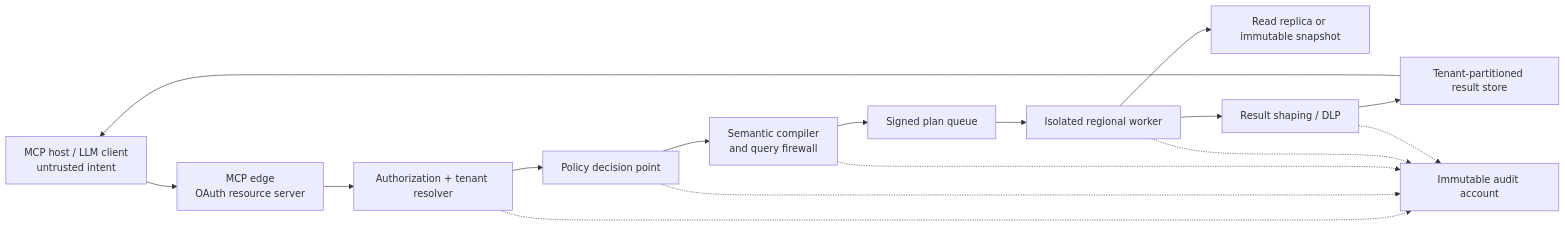
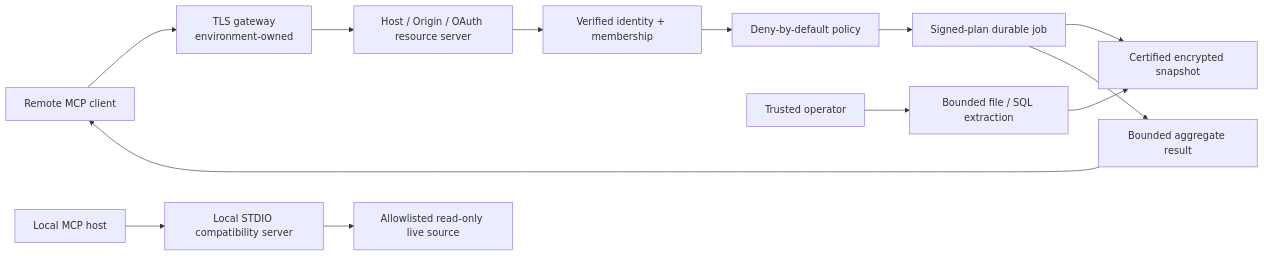
One commit to itscharles175/abl-data-risk-mcp changed the diagram in docs/SECURITY.md. Above: the diagram before and after it, drawn with Mermaid. The commit also changed other lines of this file and 92 other files, not shown here.

````diff
--- a/docs/SECURITY.md
+++ b/docs/SECURITY.md
@@ -22,18 +11,17 @@
 ```mermaid
 flowchart LR
-  C["MCP host / LLM client<br/>untrusted intent"] --> E["MCP edge<br/>OAuth resource server"]
-  E --> A["Authorization + tenant resolver"]
-  A --> P["Policy decision point"]
-  P --> Q["Semantic compiler<br/>and query firewall"]
-  Q --> W["Signed plan queue"]
-  W --> X["Isolated regional worker"]
-  X --> D["Read replica or immutable snapshot"]
-  X --> R["Result shaping / DLP"]
-  R --> S["Tenant-partitioned result store"]
-  S --> C
-  A -.-> L["Immutable audit account"]
-  P -.-> L
-  Q -.-> L
-  X -.-> L
-  R -.-> L
+  C["Remote MCP client"] --> H["TLS gateway<br/>environment-owned"]
+  H --> E["Host / Origin / OAuth resource server"]
+  E --> I["Verified identity + membership"]
+  I --> P["Deny-by-default policy"]
+  P --> J["Signed-plan durable job"]
+  J --> S["Certified encrypted snapshot"]
+  J --> R["Bounded aggregate result"]
+  R --> C
+
+  O["Trusted operator"] --> X["Bounded file / SQL extraction"]
+  X --> S
+
+  L["Local MCP host"] --> D["Local STDIO compatibility server"]
+  D --> Q["Allowlisted read-only live source"]
 ```
````
